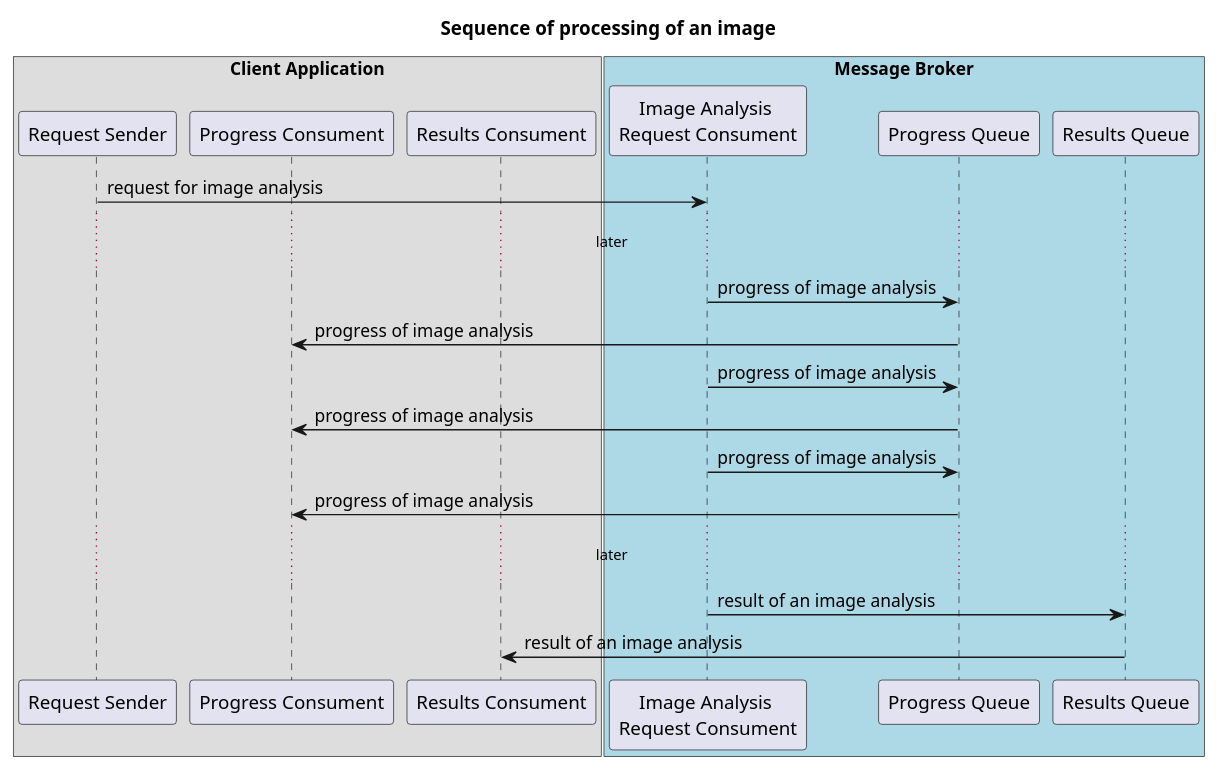
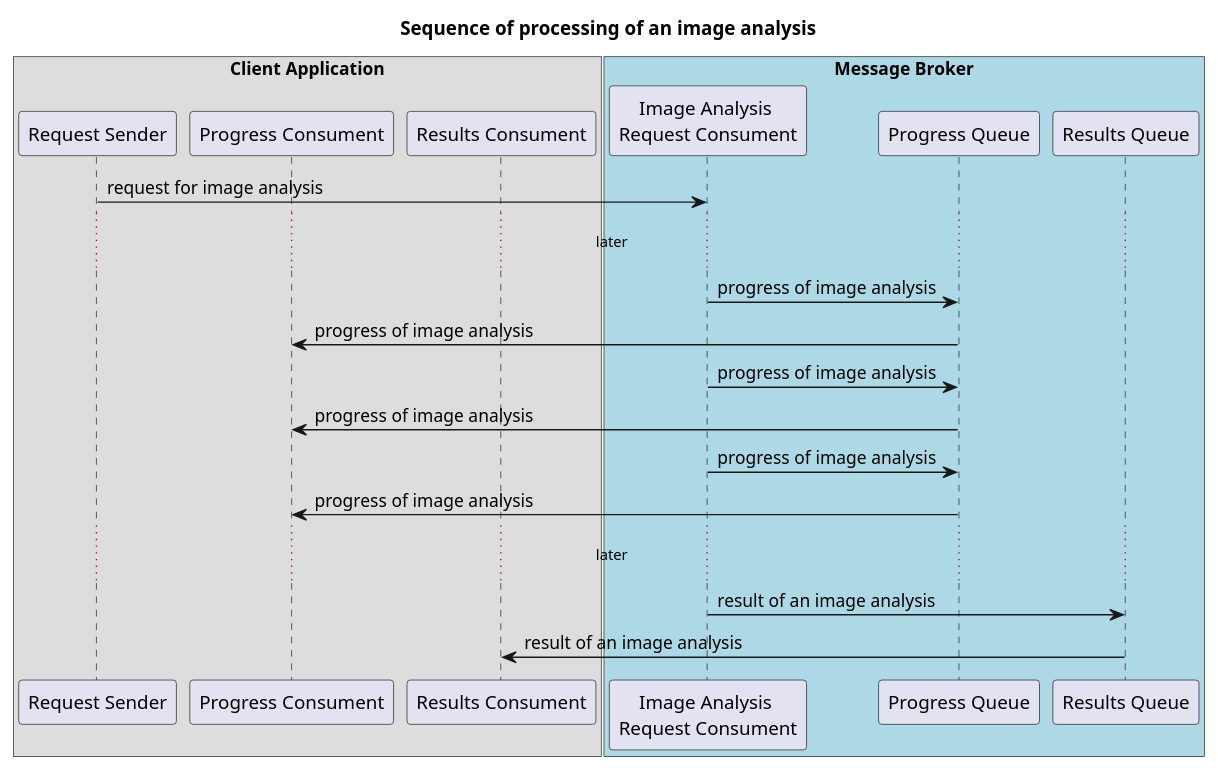
Before and after one commit to sunnyone/differ: the diagram in docs/seq01.plantuml, drawn with PlantUML. The commit also changed 1 other file, not shown here.

Commit message:
added sequence for image analysis using RabbitMQ

```diff
--- a/docs/seq01.plantuml
+++ b/docs/seq01.plantuml
@@ -1,30 +1,30 @@
 @startuml
 skinparam componentStyle uml2
-title Sequence of processing of an image
+title Sequence of processing of an image analysis
 
 box "Client Application"
 participant "Request Sender" as CL_RS
 participant "Progress Consument" as CL_PC
 participant "Results Consument" as CL_RC
 end box
 
 box "Message Broker"  #lightBlue
 participant "Image Analysis \nRequest Consument"  as MB_ImA
 participant "Progress Queue" as MB_ProgressQ
 participant "Results Queue" as MB_ResultsQ
 end box
 
 
 CL_RS -> MB_ImA : request for image analysis
 ... later ...
 MB_ImA -> MB_ProgressQ : progress of image analysis
 MB_ProgressQ -> CL_PC :  progress of image analysis
 MB_ImA -> MB_ProgressQ : progress of image analysis
 MB_ProgressQ -> CL_PC :  progress of image analysis
 MB_ImA -> MB_ProgressQ : progress of image analysis
 MB_ProgressQ -> CL_PC :  progress of image analysis
 ... later ...
 MB_ImA -> MB_ResultsQ : result of an image analysis 
 MB_ResultsQ -> CL_RC : result of an image analysis
 
 @enduml
```
